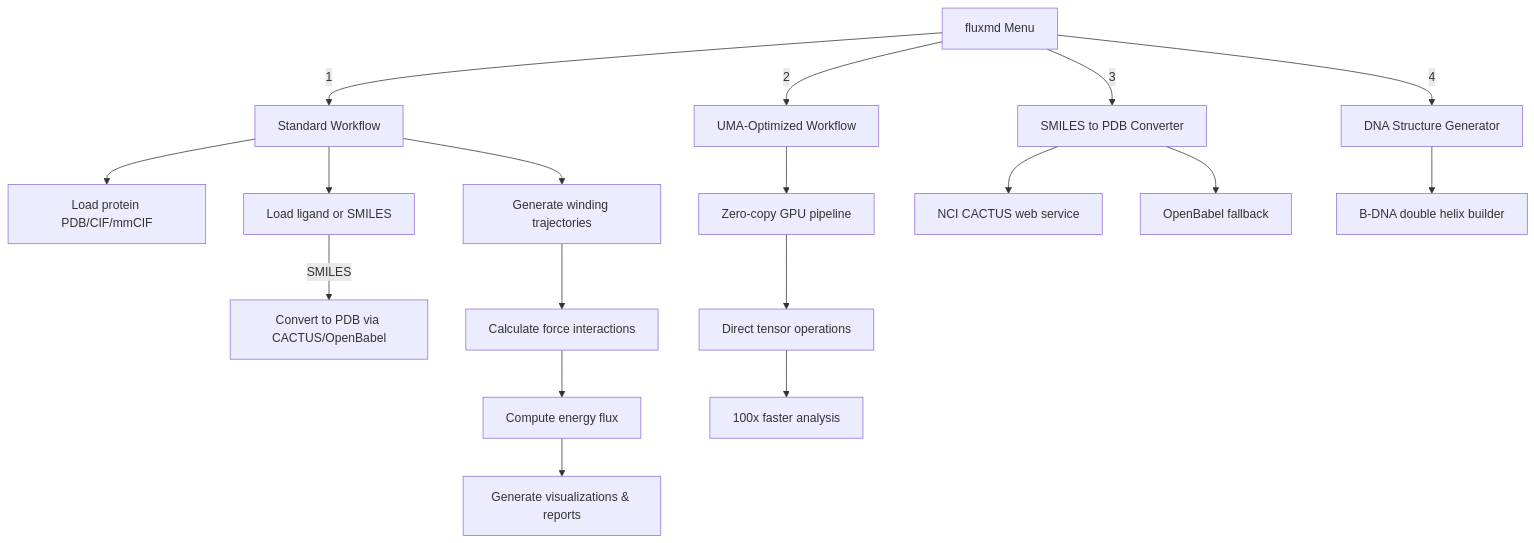
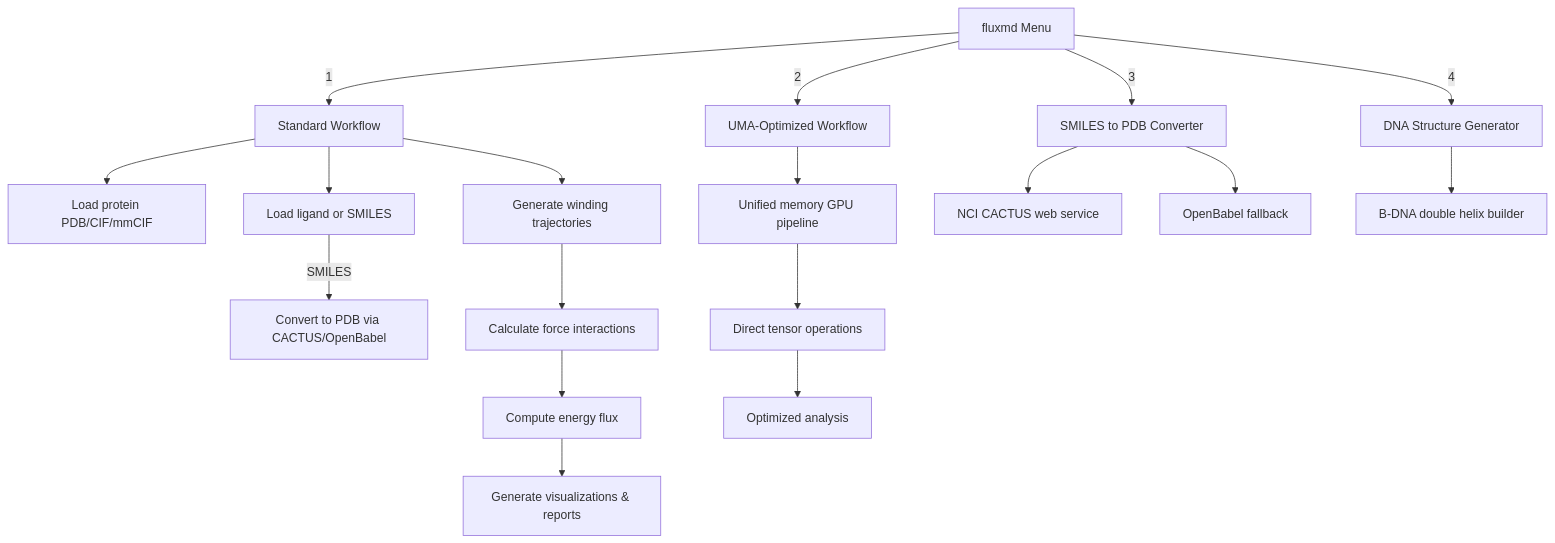
The diagram in README.md (myunghyunj/FluxMD-simulation), drawn with Mermaid before and after one commit. The commit also changed other lines of this file, not shown here.

````diff
--- a/README.md
+++ b/README.md
@@ -67,23 +67,23 @@
 ```mermaid
 graph TD
     Start[fluxmd Menu] -->|1| Standard[Standard Workflow]
     Standard --> Load1[Load protein PDB/CIF/mmCIF]
     Standard --> Load2[Load ligand or SMILES]
     Load2 -->|SMILES| Convert[Convert to PDB via CACTUS/OpenBabel]
     Standard --> Trajectory[Generate winding trajectories]
     Trajectory --> Forces[Calculate force interactions]
     Forces --> Analysis[Compute energy flux]
     Analysis --> Output[Generate visualizations & reports]
 
     Start -->|2| UMA[UMA-Optimized Workflow]
-    UMA --> GPU[Zero-copy GPU pipeline]
+    UMA --> GPU[Unified memory GPU pipeline]
     GPU --> Direct[Direct tensor operations]
-    Direct --> Fast[100x faster analysis]
+    Direct --> Fast[Optimized analysis]
 
     Start -->|3| SMILES[SMILES to PDB Converter]
     SMILES --> CACTUS[NCI CACTUS web service]
     SMILES --> OpenBabel[OpenBabel fallback]
     
     Start -->|4| DNA[DNA Structure Generator]
     DNA --> Builder[B-DNA double helix builder]
 ```
````
